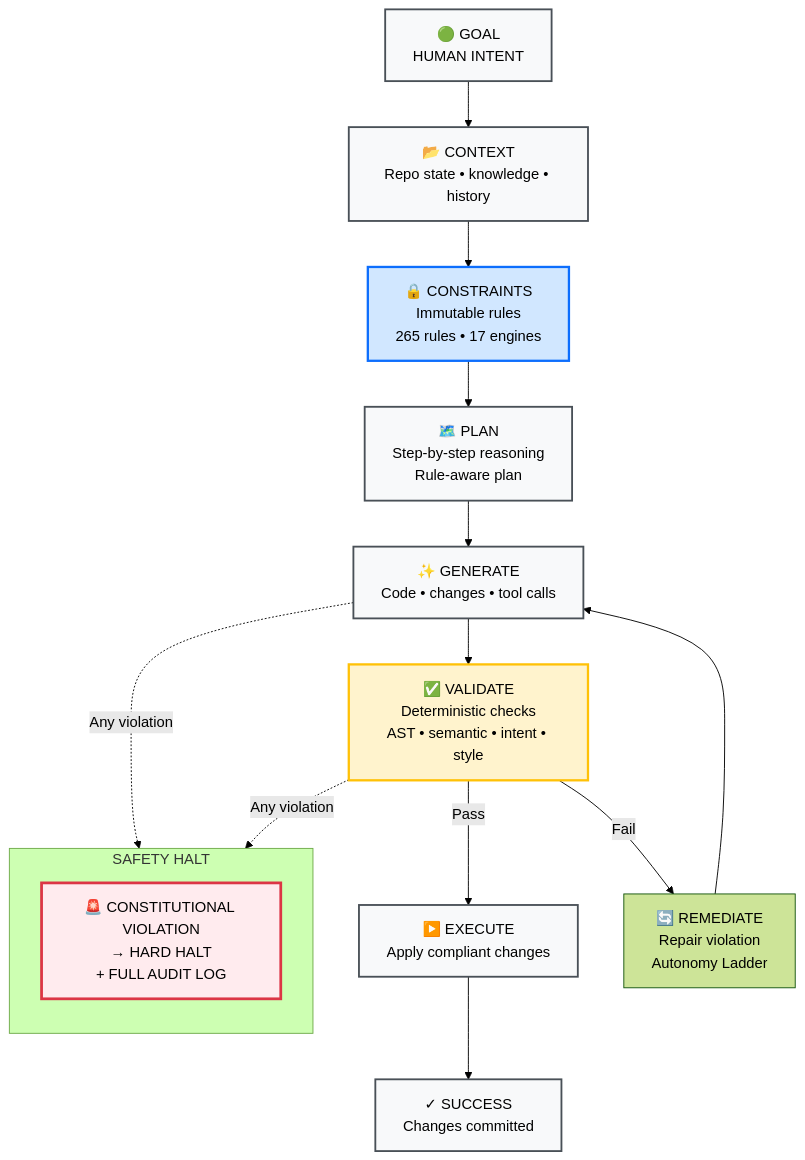
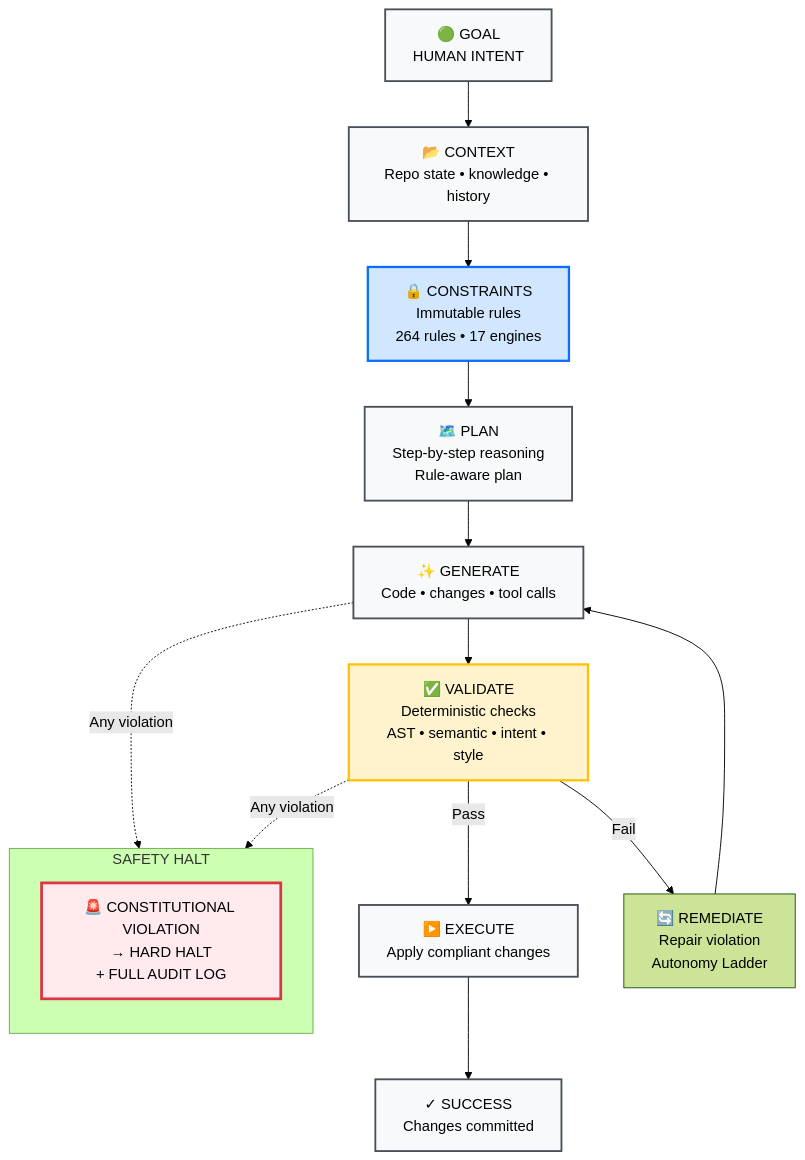
The diagram in README.md (DariuszNewecki/CORE), drawn with Mermaid (forest theme) before and after one commit. The commit also changed other lines of this file and 10 other files, not shown here.

````diff
--- a/README.md
+++ b/README.md
@@ -178,30 +178,30 @@
 ```mermaid
 flowchart TD
     A["🟢 GOAL\nHUMAN INTENT"] --> B["📂 CONTEXT\nRepo state • knowledge • history"]
-    B --> C["🔒 CONSTRAINTS\nImmutable rules\n265 rules • 17 engines"]
+    B --> C["🔒 CONSTRAINTS\nImmutable rules\n264 rules • 17 engines"]
     C --> D["🗺️ PLAN\nStep-by-step reasoning\nRule-aware plan"]
     D --> E["✨ GENERATE\nCode • changes • tool calls"]
     E --> F["✅ VALIDATE\nDeterministic checks\nAST • semantic • intent • style"]
     F -->|Pass| G["▶️ EXECUTE\nApply compliant changes"]
     F -->|Fail| H["🔄 REMEDIATE\nRepair violation\nAutonomy Ladder"]
     H --> E
     G --> I["✓ SUCCESS\nChanges committed"]
 
     subgraph "SAFETY HALT"
         direction TB
         J["🚨 CONSTITUTIONAL VIOLATION\n→ HARD HALT\n+ FULL AUDIT LOG"]
     end
 
     E -.->|Any violation| J
     F -.->|Any violation| J
 
     classDef phase      fill:#f8f9fa,stroke:#495057,stroke-width:2px
     classDef constraint fill:#d1e7ff,stroke:#0d6efd,stroke-width:2.5px
     classDef validate   fill:#fff3cd,stroke:#ffc107,stroke-width:2.5px
     classDef halt       fill:#ffebee,stroke:#dc3545,stroke-width:3px
 
     class A,B,D,E,G,I phase
     class C constraint
     class F validate
     class J halt
 ```
````
